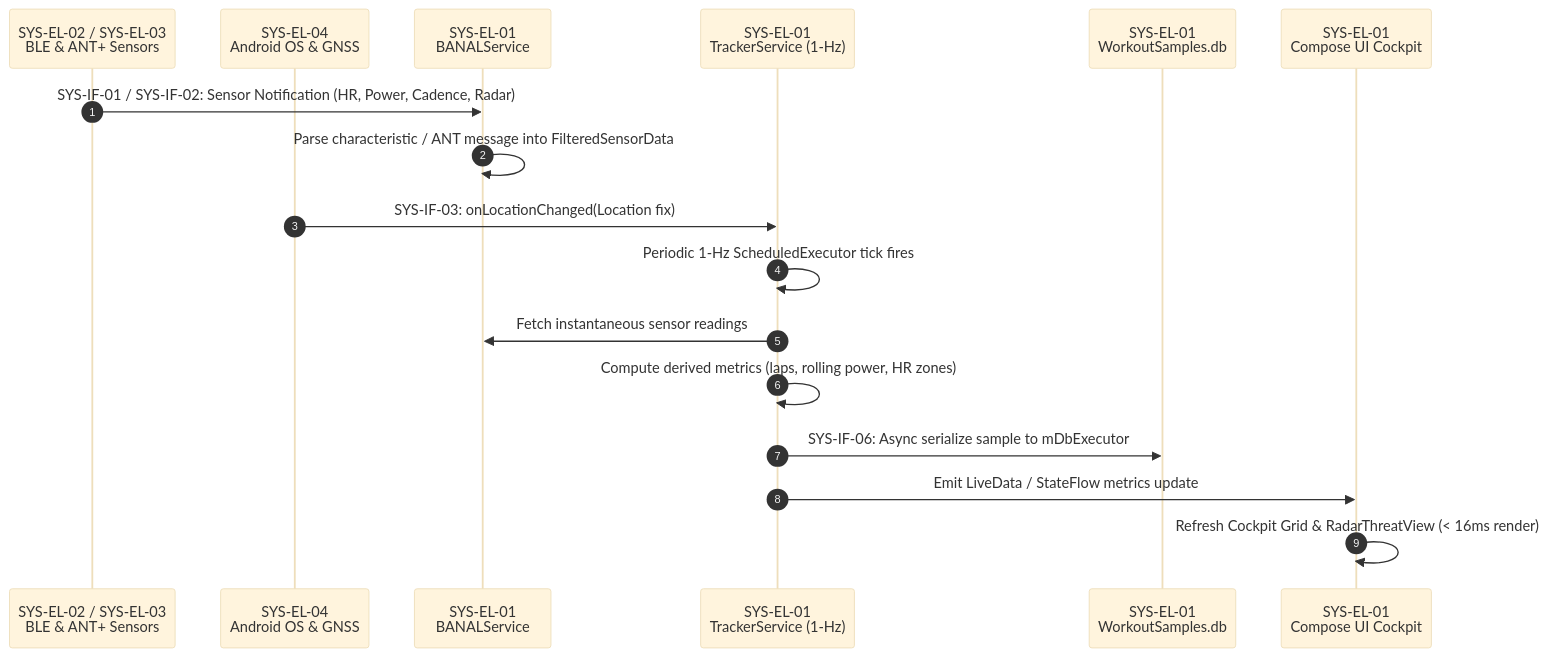
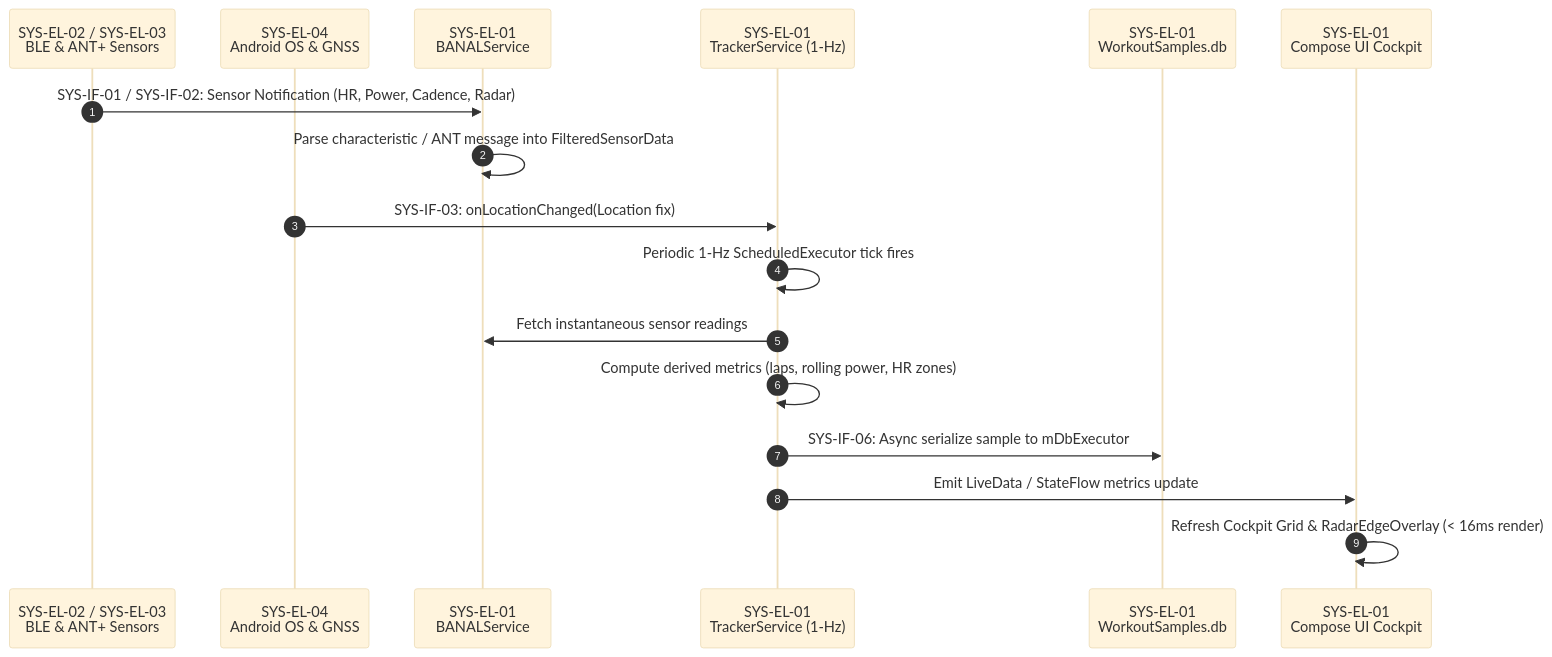
The second of 3 diagrams in docs/system/system_architecture.md (rainerblind/aTrainingTracker), drawn with Mermaid (base theme) before and after one commit. The commit also changed other lines of this file and 10 other files, not shown here.

Commit message:
ATT-6741: Reconcile 13 orphan SYSREQ IDs, fix 10 hallucinated classes, and fix sequence actor in system_architecture.md

````diff
--- a/docs/system/system_architecture.md
+++ b/docs/system/system_architecture.md
@@ -127,20 +127,20 @@
 ```mermaid
 sequenceDiagram
     autonumber
     participant Sensors as SYS-EL-02 / SYS-EL-03<br/>BLE & ANT+ Sensors
     participant OS as SYS-EL-04<br/>Android OS & GNSS
     participant BANAL as SYS-EL-01<br/>BANALService
     participant Tracker as SYS-EL-01<br/>TrackerService (1-Hz)
     participant DB as SYS-EL-01<br/>WorkoutSamples.db
     participant UI as SYS-EL-01<br/>Compose UI Cockpit
 
     Sensors->>BANAL: SYS-IF-01 / SYS-IF-02: Sensor Notification (HR, Power, Cadence, Radar)
     BANAL->>BANAL: Parse characteristic / ANT message into FilteredSensorData
     OS->>Tracker: SYS-IF-03: onLocationChanged(Location fix)
     Tracker->>Tracker: Periodic 1-Hz ScheduledExecutor tick fires
     Tracker->>BANAL: Fetch instantaneous sensor readings
     Tracker->>Tracker: Compute derived metrics (laps, rolling power, HR zones)
     Tracker->>DB: SYS-IF-06: Async serialize sample to mDbExecutor
     Tracker->>UI: Emit LiveData / StateFlow metrics update
-    UI->>UI: Refresh Cockpit Grid & RadarThreatView (< 16ms render)
+    UI->>UI: Refresh Cockpit Grid & RadarEdgeOverlay (< 16ms render)
 ```
````
